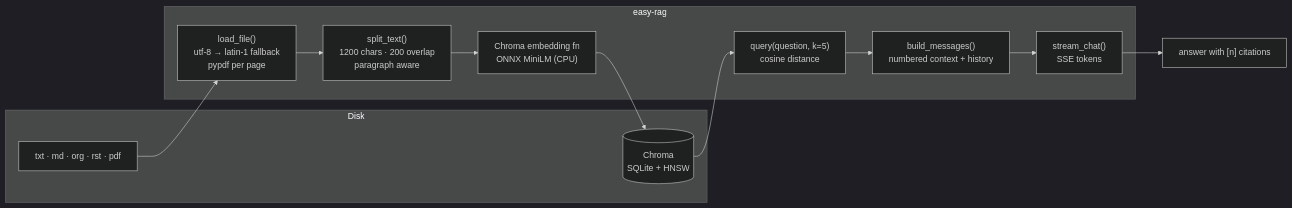
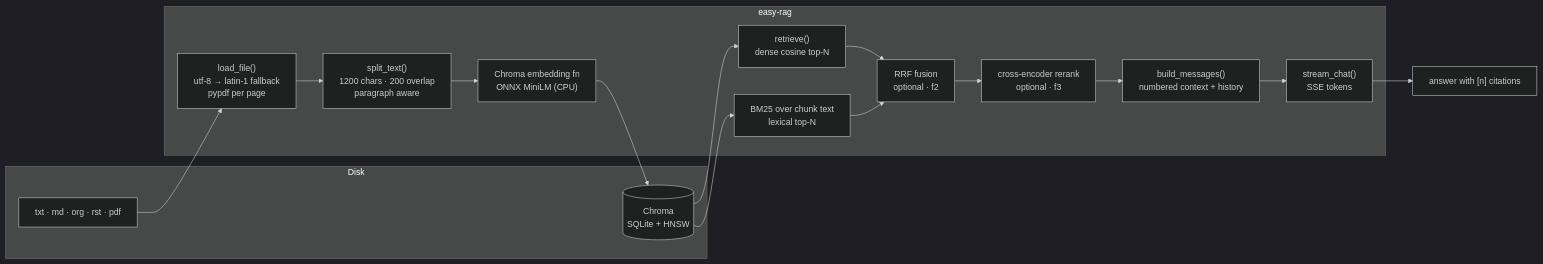
One commit to Abdulhadi446/easy-rag-for-agent changed the second of 6 diagrams in README.md. Above: the diagram before and after it, drawn with Mermaid (dark theme). The commit also changed other lines of this file and 22 other files, not shown here.

First line of the commit message:
feat: toggleable hybrid search and cross-encoder reranking

````diff
--- a/README.md
+++ b/README.md
@@ -238,19 +278,24 @@
 ```mermaid
 flowchart LR
     subgraph Disk
         F["txt · md · org · rst · pdf"]
         DB[("Chroma<br/>SQLite + HNSW")]
     end
 
     subgraph easy-rag
         L["load_file()<br/>utf-8 → latin-1 fallback<br/>pypdf per page"]
         C["split_text()<br/>1200 chars · 200 overlap<br/>paragraph aware"]
         EMB["Chroma embedding fn<br/>ONNX MiniLM (CPU)"]
-        R["query(question, k=5)<br/>cosine distance"]
+        R["retrieve()<br/>dense cosine top-N"]
+        K["BM25 over chunk text<br/>lexical top-N"]
+        H["RRF fusion<br/>optional · f2"]
+        RR["cross-encoder rerank<br/>optional · f3"]
         P["build_messages()<br/>numbered context + history"]
         M["stream_chat()<br/>SSE tokens"]
     end
 
     F --> L --> C --> EMB --> DB
-    DB --> R --> P --> M --> ANS["answer with [n] citations"]
+    DB --> R --> H
+    DB --> K --> H
+    H --> RR --> P --> M --> ANS["answer with [n] citations"]
 ```
````
